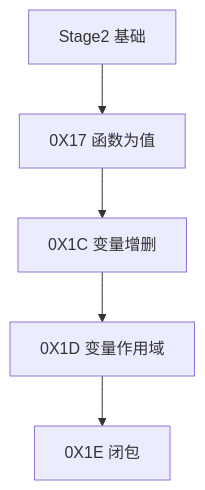
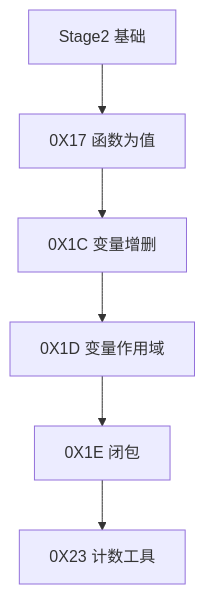
One commit to ZhiZe-ZG/TXLuaLesson changed the sixth of 8 diagrams in 目录.md. Above: the diagram before and after it, drawn with Mermaid. The commit also changed other lines of this file and 9 other files, not shown here.

````diff
--- a/目录.md
+++ b/目录.md
@@ -161,13 +167,15 @@
 ```mermaid
 graph TD;
     S2[Stage2 基础]
     C17[0X17 函数为值]
     C1C[0X1C 变量增删]
     C1D[0X1D 变量作用域]
     C1E[0X1E 闭包]
+    C23[0X23 计数工具]
 
     S2-->C17
     C17-->C1C
     C1C-->C1D
     C1D-->C1E
+    C1E-->C23
 ```
````
